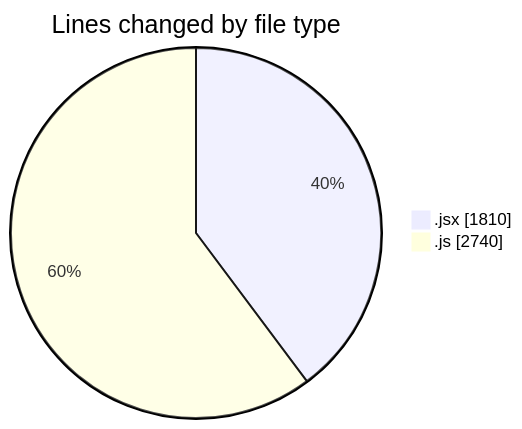
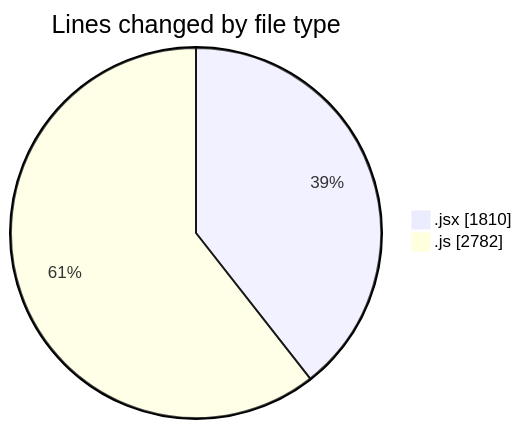
The first of 2 diagrams in 2025-11-07/nxtqube_webapp/README.md (nxtqubesakshisongat/code-tracking), drawn with Mermaid before and after one commit. The commit also changed other lines of this file and 1 other file, not shown here.

````diff
--- a/2025-11-07/nxtqube_webapp/README.md
+++ b/2025-11-07/nxtqube_webapp/README.md
@@ -26,6 +27,6 @@
 ```mermaid
 pie showData
 title Lines changed by file type
 ".jsx" : 1810
-".js" : 2740
+".js" : 2782
 ```
````
